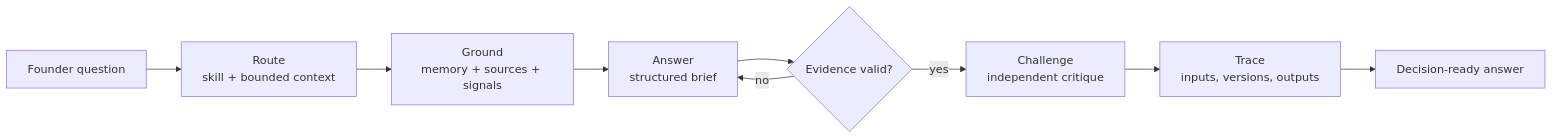
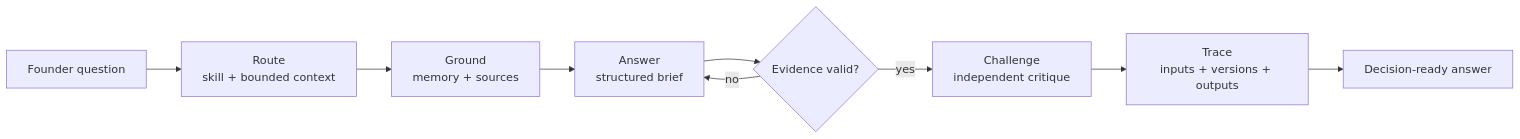
Before and after one commit to isidropasman/founder-os: the first of 3 diagrams in README.md, drawn with Mermaid. The commit also changed other lines of this file, not shown here.

````diff
--- a/README.md
+++ b/README.md
@@ -20,11 +81,11 @@
 ```mermaid
 flowchart LR
   Q[Founder question] --> R[Route<br/>skill + bounded context]
-  R --> G[Ground<br/>memory + sources + signals]
+  R --> G[Ground<br/>memory + sources]
   G --> A[Answer<br/>structured brief]
   A --> V{Evidence valid?}
   V -- no --> A
   V -- yes --> C[Challenge<br/>independent critique]
-  C --> T[Trace<br/>inputs, versions, outputs]
+  C --> T[Trace<br/>inputs + versions + outputs]
   T --> O[Decision-ready answer]
 ```
````
